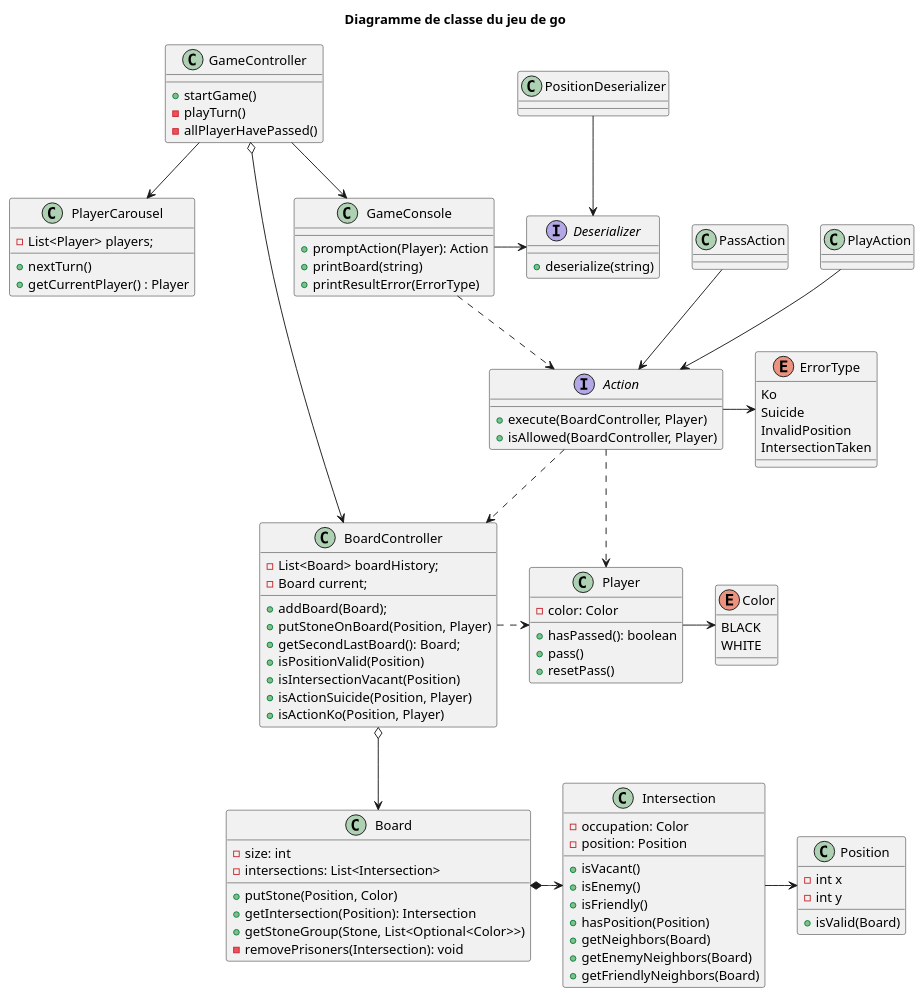
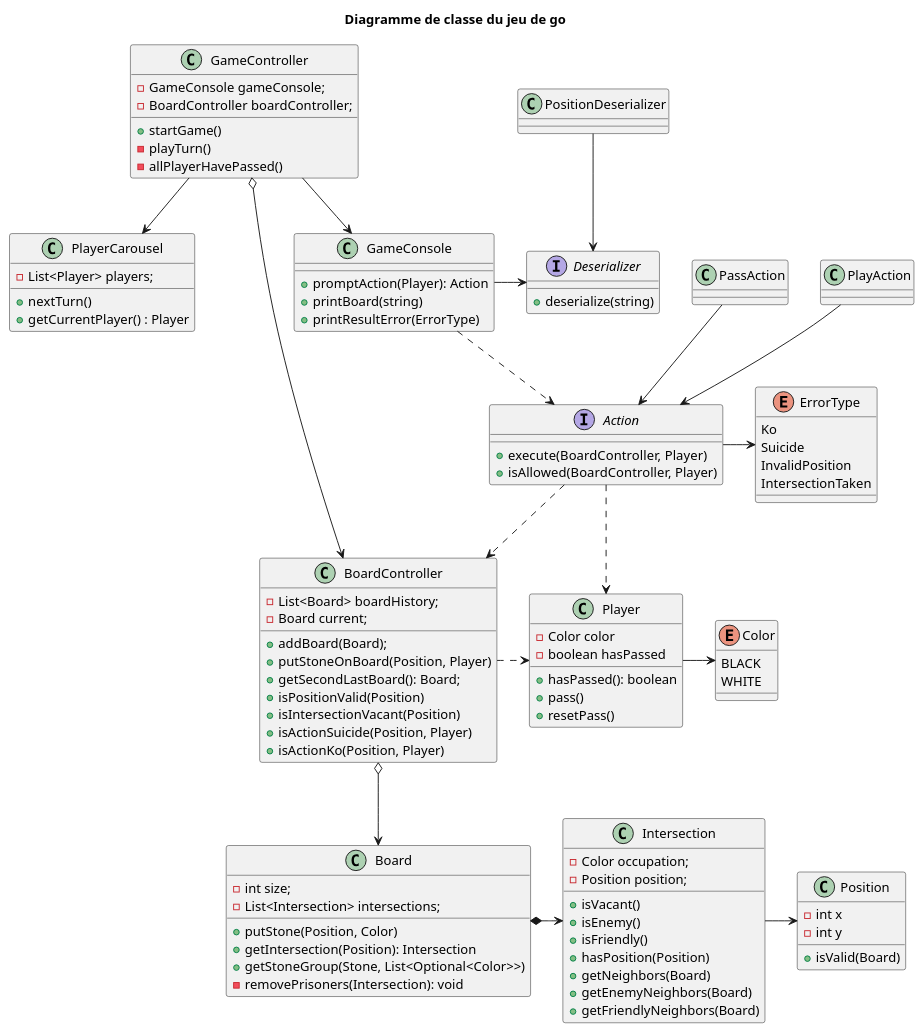
The diagram in Conception.puml (pierrelucueisd/compteurpoints-jeu-go-java), drawn with PlantUML before and after one commit.

Commit message:
Correction du diagramme de conception

```diff
--- a/Conception.puml
+++ b/Conception.puml
@@ -1,115 +1,118 @@
 @startuml
 
 title Diagramme de classe du jeu de go
 
 class GameController {
+    - GameConsole gameConsole;
+    - BoardController boardController;
     + startGame()
     - playTurn()
     - allPlayerHavePassed()
 }
 
 class GameConsole {
     + promptAction(Player): Action
     + printBoard(string)
     + printResultError(ErrorType)
 }
 
 interface Deserializer {
     + deserialize(string)
 }
 
 interface Action {
     + execute(BoardController, Player)
     + isAllowed(BoardController, Player)
 }
 
 enum ErrorType {
     Ko
     Suicide
     InvalidPosition
     IntersectionTaken
 }
 
 class PlayerCarousel {
     - List<Player> players;
     + nextTurn()
     + getCurrentPlayer() : Player
 }
 
 class Player {
-    - color: Color
+    - Color color
+    - boolean hasPassed
     + hasPassed(): boolean
     + pass()
     + resetPass()
 }
 
 enum Color{
     BLACK
     WHITE
 }
 
 class Board {
-    - size: int
-    - intersections: List<Intersection>
+    - int size;
+    - List<Intersection> intersections;
     + putStone(Position, Color)
     + getIntersection(Position): Intersection
     + getStoneGroup(Stone, List<Optional<Color>>)
     - removePrisoners(Intersection): void
 }
 
 class BoardController {
     - List<Board> boardHistory;
     - Board current;
     + addBoard(Board);
     + putStoneOnBoard(Position, Player)
     + getSecondLastBoard(): Board;
     + isPositionValid(Position)
     + isIntersectionVacant(Position)
     + isActionSuicide(Position, Player)
     + isActionKo(Position, Player)
 }
 
 class Intersection {
-    - occupation: Color
-    - position: Position
+    - Color occupation;
+    - Position position;
     + isVacant()
     + isEnemy()
     + isFriendly()
     + hasPosition(Position)
     + getNeighbors(Board)
     + getEnemyNeighbors(Board)
     + getFriendlyNeighbors(Board)
 }
 
 class Position {
     - int x
     - int y
     + isValid(Board)
 }
 
 GameController o-> BoardController
 GameController --> PlayerCarousel
 GameController --> GameConsole
 
 GameConsole -> Deserializer
 GameConsole -.> Action
 
 BoardController o--> Board
 BoardController .> Player
 
 Board *-> Intersection
 
 Intersection -> Position
 
 PositionDeserializer --> Deserializer
 
 Action -.> BoardController
 Action .> Player
 Action -> ErrorType
 
 PassAction --> Action
 PlayAction --> Action
 
 Player -> Color
 
 @enduml
```
